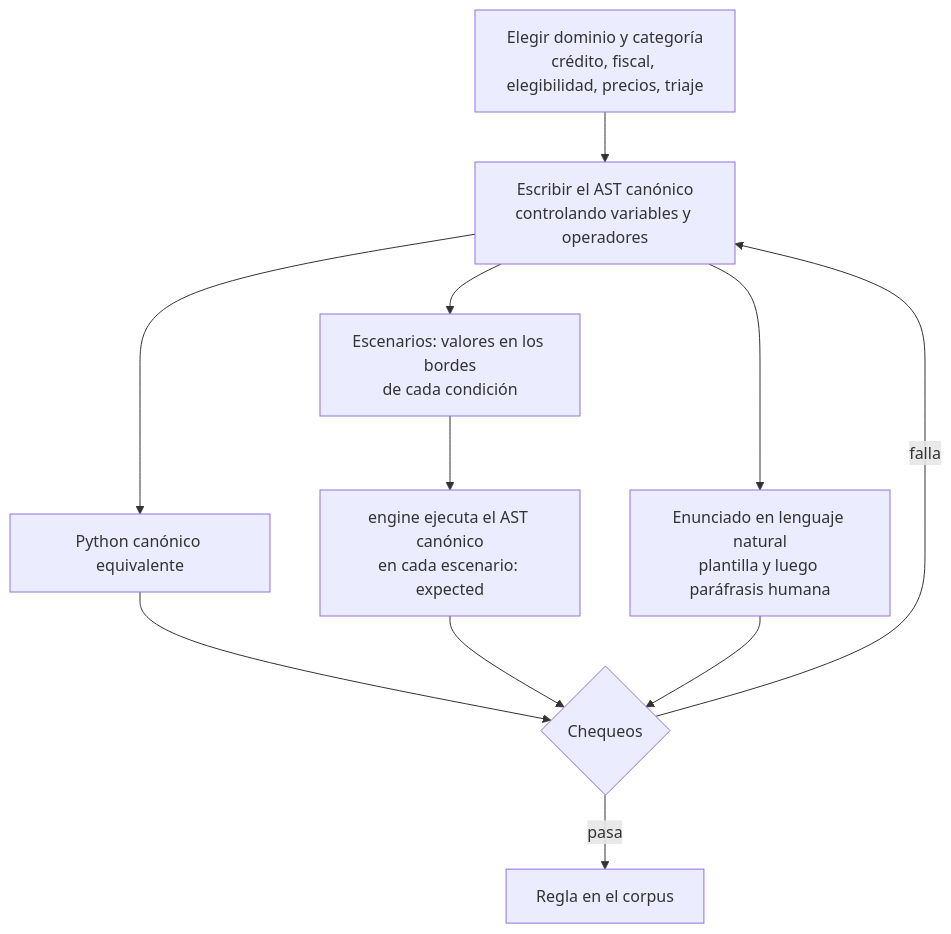
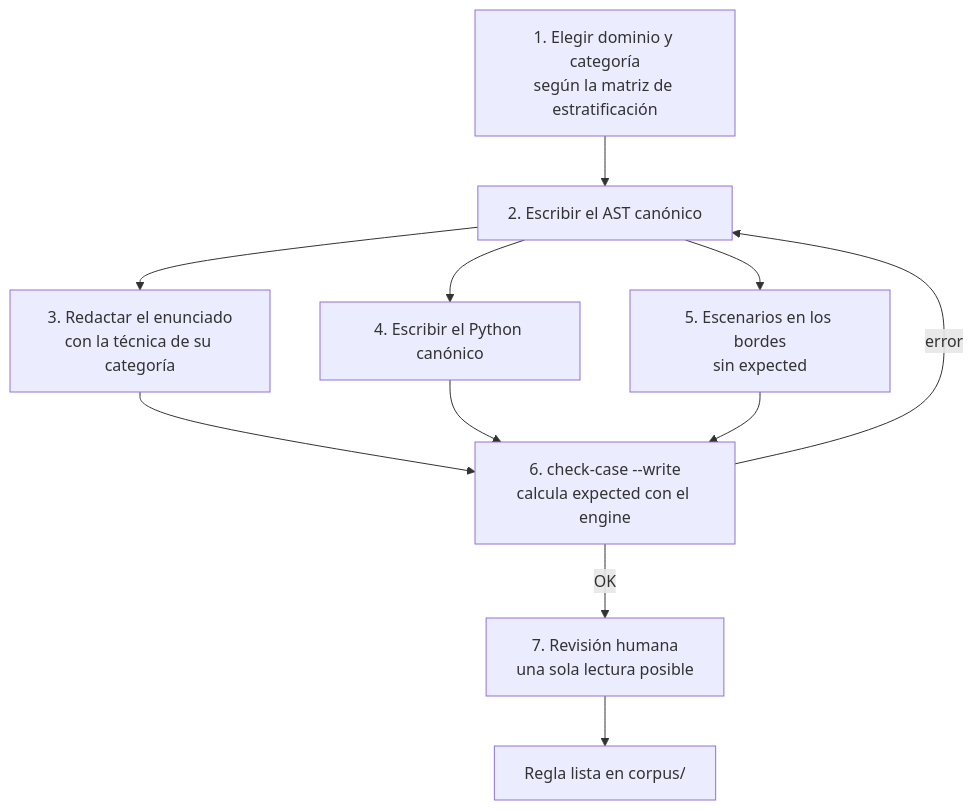
The diagram in docs/corpus.md (chinoavila/llm-lambda-determinism-verifier), drawn with Mermaid before and after one commit. The commit also changed other lines of this file and 10 other files, not shown here.

First line of the commit message:
feat: implementación del comando 'check-case' para la verificación del corpus

````diff
--- a/docs/corpus.md
+++ b/docs/corpus.md
@@ -56,13 +72,13 @@
 ```mermaid
 flowchart TD
-    D["Elegir dominio y categoría<br/>crédito, fiscal, elegibilidad, precios, triaje"] --> A["Escribir el AST canónico<br/>controlando variables y operadores"]
-    A --> N["Enunciado en lenguaje natural<br/>plantilla y luego paráfrasis humana"]
-    A --> P["Python canónico equivalente"]
-    A --> S["Escenarios: valores en los bordes<br/>de cada condición"]
-    S --> E["engine ejecuta el AST canónico<br/>en cada escenario: expected"]
-    P --> C{"Chequeos"}
-    E --> C
-    N --> C
-    C -->|"falla"| A
-    C -->|"pasa"| R["Regla en el corpus"]
+    D["1. Elegir dominio y categoría<br/>según la matriz de estratificación"] --> A["2. Escribir el AST canónico"]
+    A --> N["3. Redactar el enunciado<br/>con la técnica de su categoría"]
+    A --> P["4. Escribir el Python canónico"]
+    A --> S["5. Escenarios en los bordes<br/>sin expected"]
+    N --> C["6. check-case --write<br/>calcula expected con el engine"]
+    P --> C
+    S --> C
+    C -->|"error"| A
+    C -->|"OK"| R["7. Revisión humana<br/>una sola lectura posible"]
+    R --> F["Regla lista en corpus/"]
 ```
````
